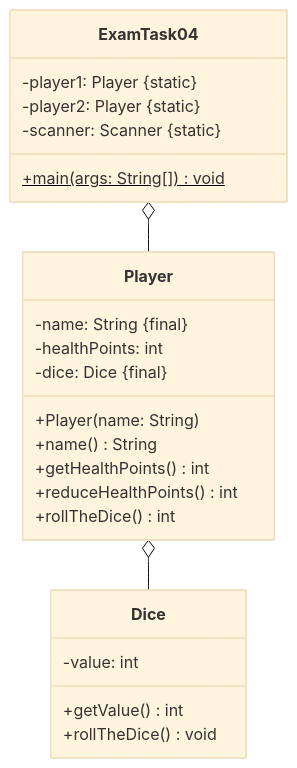
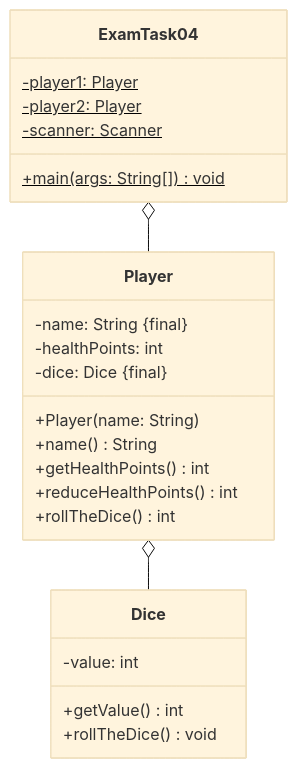
Before and after one commit to jappuccini/java-docs: the seventh of 8 diagrams in docs/additional-material/daniel-java1/sample-exam.md, drawn with Mermaid (base theme). The commit also changed other lines of this file, not shown here.

````diff
--- a/docs/additional-material/daniel-java1/sample-exam.md
+++ b/docs/additional-material/daniel-java1/sample-exam.md
@@ -371,29 +501,29 @@
 ```mermaid
 classDiagram
     ExamTask04 o-- Player
     Player o-- Dice
 
     class ExamTask04 {
-        -player1: Player &#123static&#125
-        -player2: Player &#123static&#125
-        -scanner: Scanner &#123static&#125
+        -player1: Player$
+        -player2: Player$
+        -scanner: Scanner$
         +main(args: String[])$ void
     }
 
     class Player {
         -name: String &#123final&#125
         -healthPoints: int
         -dice: Dice &#123final&#125
         +Player(name: String)
         +name() String
         +getHealthPoints() int
         +reduceHealthPoints() int
         +rollTheDice() int
     }
 
     class Dice {
         -value: int
         +getValue() int
         +rollTheDice() void
     }
 ```
````
